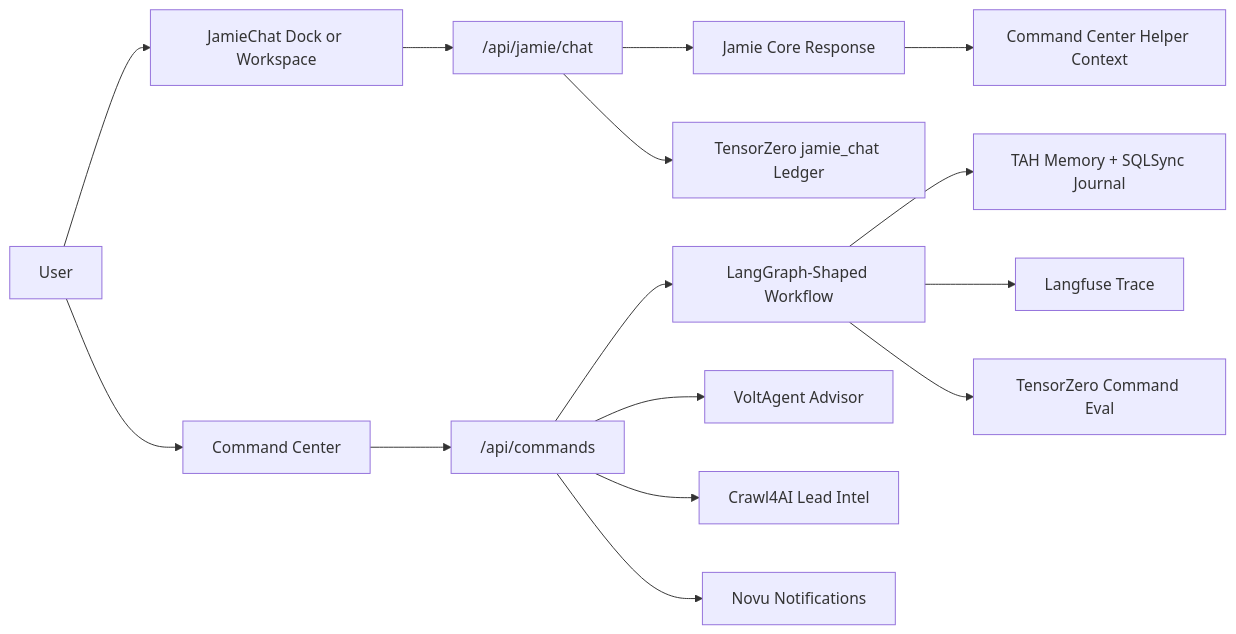
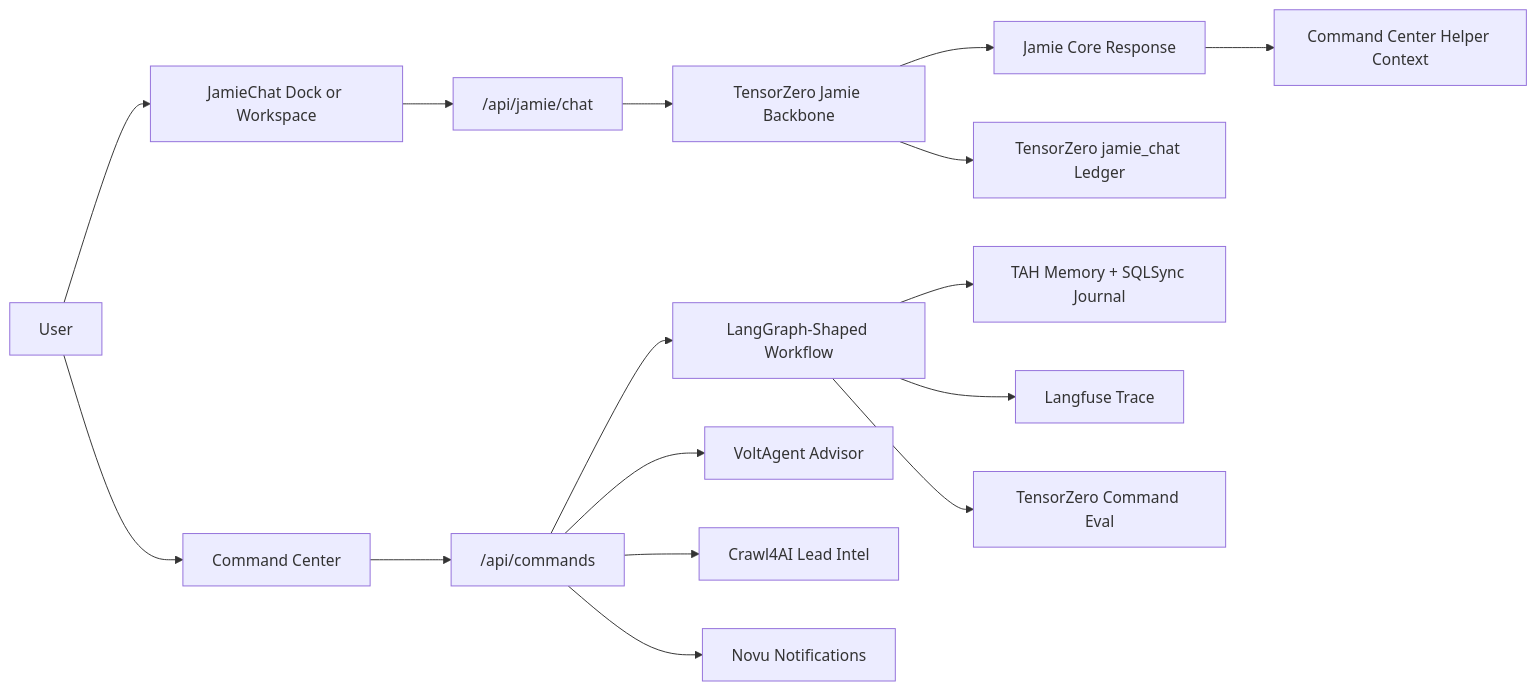
The diagram in apps/pulse/docs/AI_INTEGRATION_STACK.md (tahsrz/sunset-pulse), drawn with Mermaid before and after one commit. The commit also changed other lines of this file and 8 other files, not shown here.

````diff
--- a/apps/pulse/docs/AI_INTEGRATION_STACK.md
+++ b/apps/pulse/docs/AI_INTEGRATION_STACK.md
@@ -34,18 +34,19 @@
 ```mermaid
 flowchart LR
   User["User"] --> Jamie["JamieChat Dock or Workspace"]
   Jamie --> ChatAPI["/api/jamie/chat"]
-  ChatAPI --> JamieCore["Jamie Core Response"]
+  ChatAPI --> JamieBackbone["TensorZero Jamie Backbone"]
+  JamieBackbone --> JamieCore["Jamie Core Response"]
   JamieCore --> Bridge["Command Center Helper Context"]
-  ChatAPI --> TZeroJamie["TensorZero jamie_chat Ledger"]
+  JamieBackbone --> TZeroJamie["TensorZero jamie_chat Ledger"]
 
   User --> CommandUI["Command Center"]
   CommandUI --> CommandAPI["/api/commands"]
   CommandAPI --> Graph["LangGraph-Shaped Workflow"]
   Graph --> Memory["TAH Memory + SQLSync Journal"]
   Graph --> Langfuse["Langfuse Trace"]
   Graph --> TZeroCommand["TensorZero Command Eval"]
   CommandAPI --> Volt["VoltAgent Advisor"]
   CommandAPI --> Crawl4AI["Crawl4AI Lead Intel"]
   CommandAPI --> Novu["Novu Notifications"]
 ```
````
